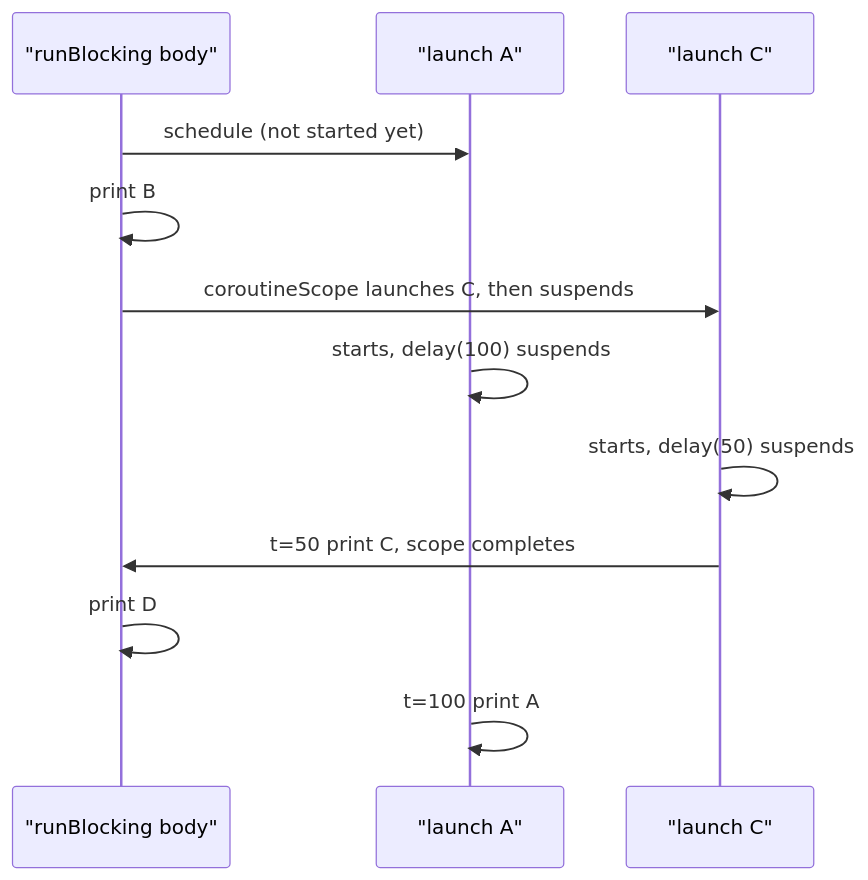
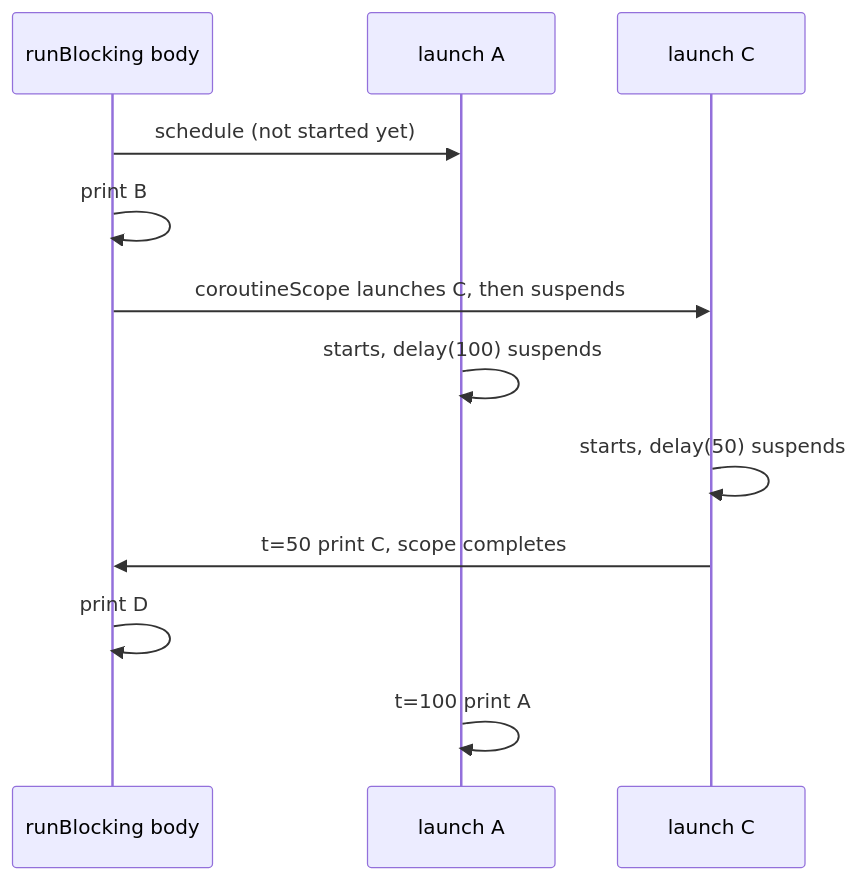
One commit to AkshayAshokCode/Android-Interview-Questions-cheat-sheet changed the sixth of 6 diagrams in topics/03-coroutines.md. Above: the diagram before and after it, drawn with Mermaid. The commit also changed 3 other files, not shown here.

````diff
--- a/topics/03-coroutines.md
+++ b/topics/03-coroutines.md
@@ -1575,14 +1575,14 @@
 ```mermaid
 sequenceDiagram
-    participant RB as "runBlocking body"
-    participant L1 as "launch A"
-    participant L2 as "launch C"
+    participant RB as runBlocking body
+    participant L1 as launch A
+    participant L2 as launch C
     RB->>L1: schedule (not started yet)
     RB->>RB: print B
     RB->>L2: coroutineScope launches C, then suspends
     L1->>L1: starts, delay(100) suspends
     L2->>L2: starts, delay(50) suspends
     L2->>RB: t=50 print C, scope completes
     RB->>RB: print D
     L1->>L1: t=100 print A
 ```
````
